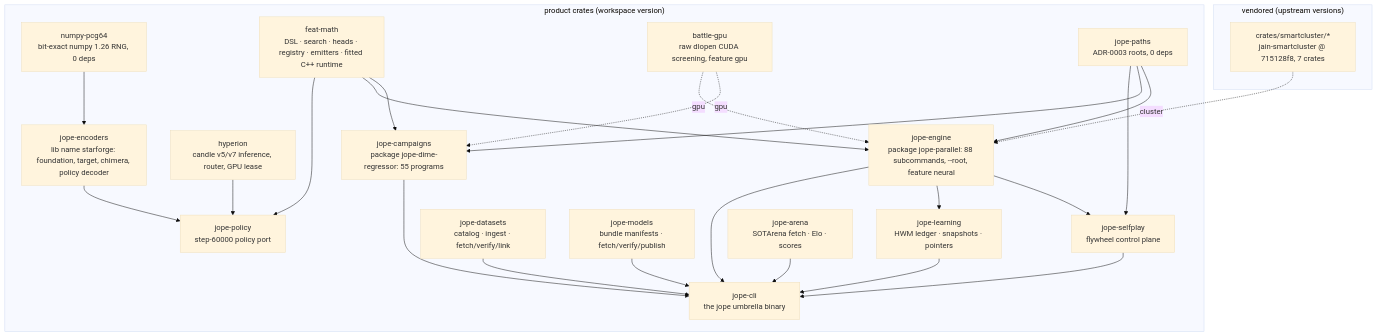
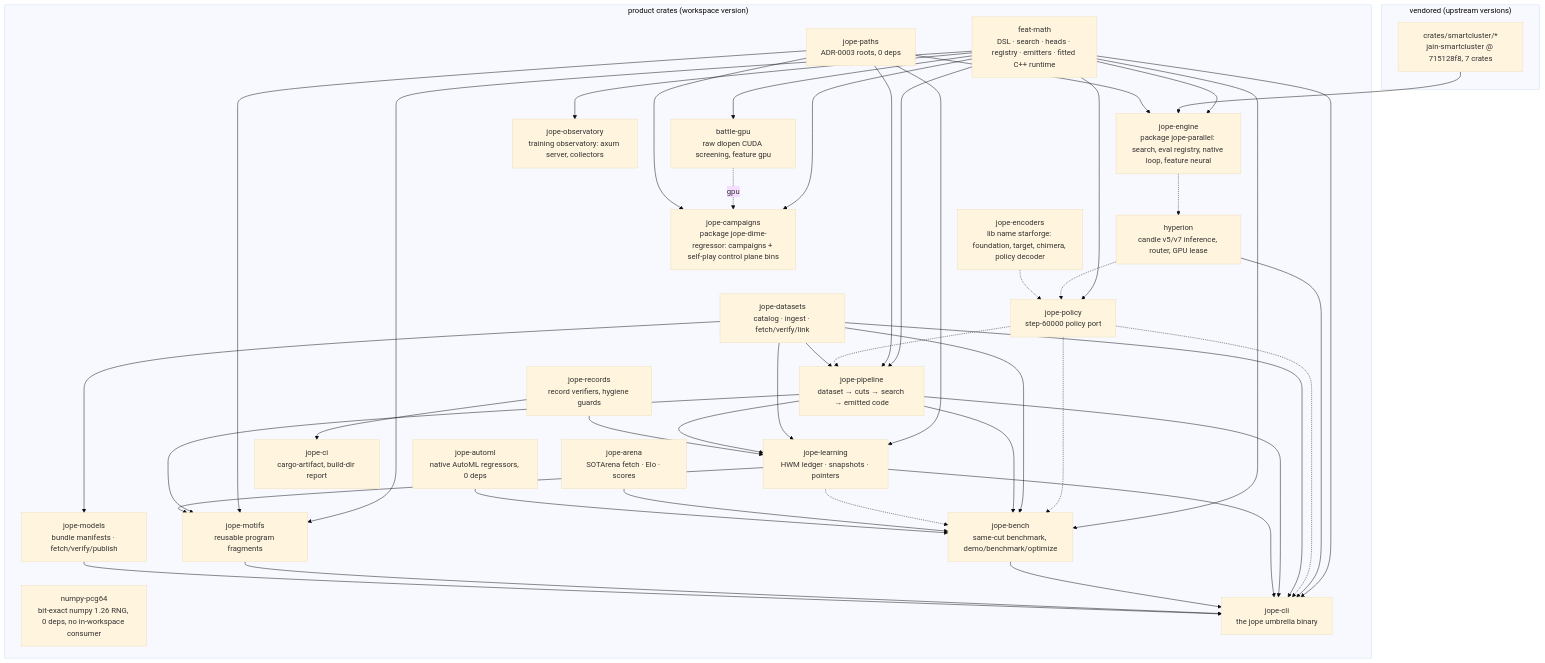
One commit to neverhuman/JopeDime changed the second of 2 diagrams in docs/architecture.md. Above: the diagram before and after it, drawn with Mermaid (base theme). The commit also changed other lines of this file, not shown here.

Commit message:
docs(architecture): redraw the crate graph from cargo metadata
The mermaid crate graph showed a `jope-selfplay` crate that does not exist,
edges that are not dependencies (numpy-pcg64 → encoders, engine/campaigns →
cli) and omitted six members (jope-bench, jope-pipeline, jope-motifs,
jope-records, jope-ci, jope-observatory). It now lists every member and the
real normal path dependencies (dotted = optional/feature-gated), with the
command to regenerate them.

Also: the jope-engine row claimed a `cluster` feature gates smartcluster;
Cargo.toml has no such feature, so the row now says the dependency is
unconditional. jope-observatory gets the table row it never had.

Claude-Session: https://claude.ai/code/session_0188g2yZVF81U4o8ftaYD26G

````diff
--- a/docs/architecture.md
+++ b/docs/architecture.md
@@ -39,44 +39,71 @@
 ```mermaid
 flowchart TB
   subgraph product["product crates (workspace version)"]
-    numpy[numpy-pcg64<br/>bit-exact numpy 1.26 RNG, 0 deps]
+    numpy[numpy-pcg64<br/>bit-exact numpy 1.26 RNG, 0 deps, no in-workspace consumer]
     fm[feat-math<br/>DSL · search · heads · registry · emitters · fitted C++ runtime]
     bg[battle-gpu<br/>raw dlopen CUDA screening, feature gpu]
     enc[jope-encoders<br/>lib name starforge: foundation, target, chimera, policy decoder]
     hyp[hyperion<br/>candle v5/v7 inference, router, GPU lease]
     pol[jope-policy<br/>step-60000 policy port]
-    eng[jope-engine<br/>package jope-parallel: 88 subcommands, --root, feature neural]
-    camp[jope-campaigns<br/>package jope-dime-regressor: 55 programs]
-    self[jope-selfplay<br/>flywheel control plane]
+    eng[jope-engine<br/>package jope-parallel: search, eval registry, native loop, feature neural]
+    camp[jope-campaigns<br/>package jope-dime-regressor: campaigns + self-play control plane bins]
     paths[jope-paths<br/>ADR-0003 roots, 0 deps]
     data[jope-datasets<br/>catalog · ingest · fetch/verify/link]
     models[jope-models<br/>bundle manifests · fetch/verify/publish]
     learn[jope-learning<br/>HWM ledger · snapshots · pointers]
     arena[jope-arena<br/>SOTArena fetch · Elo · scores]
+    bench[jope-bench<br/>same-cut benchmark, demo/benchmark/optimize]
+    automl[jope-automl<br/>native AutoML regressors, 0 deps]
+    pipe[jope-pipeline<br/>dataset → cuts → search → emitted code]
+    motifs[jope-motifs<br/>reusable program fragments]
+    records[jope-records<br/>record verifiers, hygiene guards]
+    ci[jope-ci<br/>cargo-artifact, build-dir report]
+    obs[jope-observatory<br/>training observatory: axum server, collectors]
     cli[jope-cli<br/>the jope umbrella binary]
   end
   subgraph vendored["vendored (upstream versions)"]
     sc[crates/smartcluster/*<br/>jain-smartcluster @ 715128f8, 7 crates]
   end
+  fm --> bg
   fm --> camp
   fm --> eng
+  fm --> pol
+  fm --> pipe
+  fm --> bench
+  fm --> motifs
+  fm --> obs
+  fm --> cli
   bg -.gpu.-> camp
-  bg -.gpu.-> eng
-  numpy --> enc
-  enc --> pol
-  hyp --> pol
-  fm --> pol
+  sc --> eng
   paths --> eng
   paths --> camp
-  paths --> self
-  sc -.cluster.-> eng
-  eng --> self
-  eng --> learn
+  paths --> pipe
+  paths --> learn
+  paths --> motifs
+  eng -.-> hyp
+  hyp --> cli
+  hyp -.-> pol
+  enc -.-> pol
+  pol -.-> pipe
+  pol -.-> bench
+  pol -.-> cli
+  data --> pipe
+  data --> learn
+  data --> models
+  data --> bench
   data --> cli
+  pipe --> learn
+  pipe --> motifs
+  pipe --> bench
+  pipe --> cli
+  records --> learn
+  records --> ci
+  learn --> motifs
+  learn -.-> bench
+  learn --> cli
+  arena --> bench
+  automl --> bench
+  bench --> cli
+  motifs --> cli
   models --> cli
-  learn --> cli
-  arena --> cli
-  eng --> cli
-  camp --> cli
-  self --> cli
 ```
````
